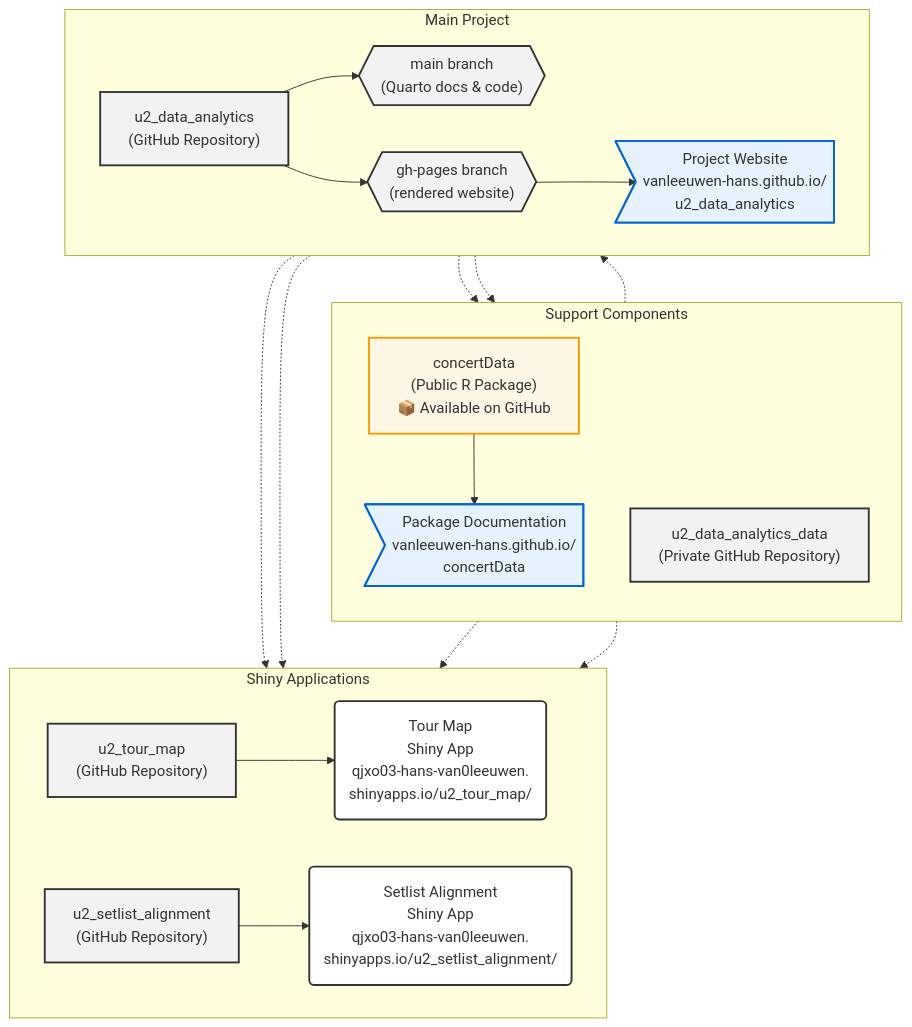
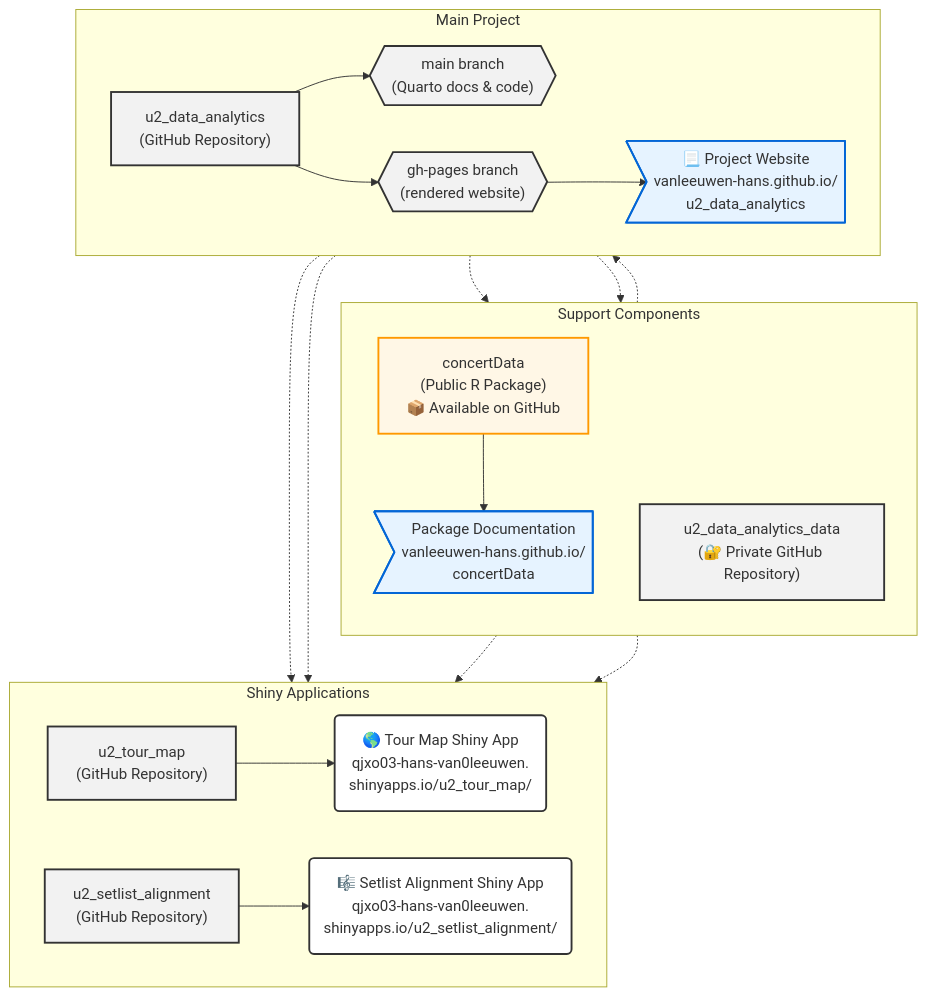
Before and after one commit to vanleeuwen-hans/u2_data_analytics: the diagram in sharing.qmd, drawn with Mermaid.

Commit message:
update mermaid diagram

````diff
--- a/sharing.qmd
+++ b/sharing.qmd
@@ -11,60 +11,56 @@
 ```{mermaid}
 flowchart TB
     classDef github fill:#f2f2f2,stroke:#333,stroke-width:2px
     classDef website fill:#e6f3ff,stroke:#0366d6,stroke-width:2px
     classDef shiny fill:#ffffff,stroke:#333,stroke-width:2px
     classDef package fill:#e6ffe6,stroke:#28a745,stroke-width:2px
     classDef public fill:#fff7e6,stroke:#f90,stroke-width:2px
 
     %% Main Project Repository
     MainRepo["u2_data_analytics\n(GitHub Repository)"]:::github
     MainBranch{{"main branch\n(Quarto docs & code)"}}:::github
     GHPages{{"gh-pages branch\n(rendered website)"}}:::github
-    Website>"Project Website\nvanleeuwen-hans.github.io/\nu2_data_analytics"]:::website
+    Website>"📃 Project Website\nvanleeuwen-hans.github.io/\nu2_data_analytics"]:::website
 
     %% R Package
     Package["concertData\n(Public R Package)\n📦 Available on GitHub"]:::public
     PackageWeb>"Package Documentation\nvanleeuwen-hans.github.io/\nconcertData"]:::website
 
     %% Private Data Repository
-    DataRepo["u2_data_analytics_data\n(Private GitHub Repository)"]:::github
+    DataRepo["u2_data_analytics_data\n(🔐 Private GitHub Repository)"]:::github
 
     %% Shiny Apps
     ShinyRepo1["u2_tour_map\n(GitHub Repository)"]:::github
-    ShinyApp1("Tour Map\nShiny App\nqjxo03-hans-van0leeuwen.\nshinyapps.io/u2_tour_map/"):::shiny
+    ShinyApp1("🌎 Tour Map Shiny App\nqjxo03-hans-van0leeuwen.\nshinyapps.io/u2_tour_map/"):::shiny
     ShinyRepo2["u2_setlist_alignment\n(GitHub Repository)"]:::github
-    ShinyApp2("Setlist Alignment\nShiny App\nqjxo03-hans-van0leeuwen.\nshinyapps.io/u2_setlist_alignment/"):::shiny
+    ShinyApp2("🎼 Setlist Alignment Shiny App\nqjxo03-hans-van0leeuwen.\nshinyapps.io/u2_setlist_alignment/"):::shiny
 
     subgraph Support ["Support Components"]
         direction TB
         Package --> PackageWeb
         DataRepo
     end
     
     subgraph Main ["Main Project"]
         direction LR
         MainRepo --> MainBranch
         MainRepo --> GHPages
         GHPages --> Website
     end
 
     subgraph Apps ["Shiny Applications"]
         direction LR
         ShinyRepo1 --> ShinyApp1
         ShinyRepo2 --> ShinyApp2
     end
 
     %% Connections between subgraphs
     MainRepo -.-> Package
     DataRepo -.-> MainRepo
     Package -.-> ShinyRepo1
     Package -.-> ShinyRepo2
     Website -.-> PackageWeb
     Website -.-> ShinyApp1
     Website -.-> ShinyApp2
 
-    %% Layout arrangement
-    Main ~~~ Apps
-    Support ~~~ Main
-    Support ~~~ Apps
 ```
````
